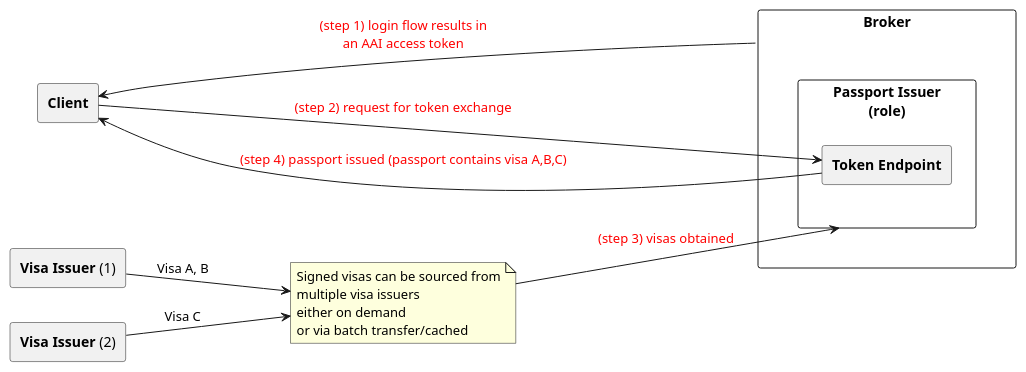
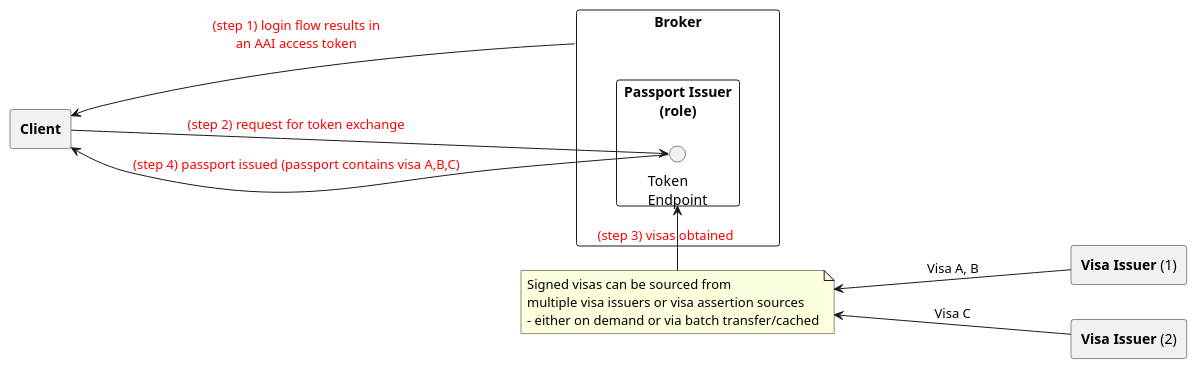
The second of 2 diagrams in AAI/AAIConnectProfile.md (ga4gh/data-security), drawn with PlantUML before and after one commit. The commit also changed other lines of this file, not shown here.

Commit message:
Improved diagram Added header lines

```diff
--- a/AAI/AAIConnectProfile.md
+++ b/AAI/AAIConnectProfile.md
@@ -495,26 +500,26 @@
 @startuml
 skinparam componentStyle rectangle
 left to right direction
 
 component "<b>Client</b>" as Client
 
 component "<b>Broker</b>" as Broker {
     component "<b>Passport Issuer</b>\n(role)" as PassportIssuer {
-        component "<b>Token Endpoint</b>" as TokenEndpoint
+        interface "Token\nEndpoint" as TokenEndpoint
     }
 }
 
 component "<b>Visa Issuer</b> (1)" as VisaIssuer1
 component "<b>Visa Issuer</b> (2)" as VisaIssuer2
 
-note "Signed visas can be sourced from\nmultiple visa issuers\neither on demand\nor via batch transfer/cached" as VisaNote
+note "Signed visas can be sourced from\nmultiple visa issuers or visa assertion sources\n- either on demand or via batch transfer/cached" as VisaNote
 
-VisaIssuer1 --> VisaNote : Visa A, B
-VisaIssuer2 --> VisaNote : Visa C
+VisaIssuer1 --up--> VisaNote : Visa A, B
+VisaIssuer2 --up--> VisaNote : Visa C
 
 Client <-- Broker #text:red : (step 1) login flow results in\nan AAI access token
 Client ---> TokenEndpoint #text:red : (step 2) request for token exchange
-VisaNote --> PassportIssuer #text:red : (step 3) visas obtained
+VisaNote ---right---> PassportIssuer #text:red : (step 3) visas obtained
 Client <-- TokenEndpoint  #text:red : (step 4) passport issued (passport contains visa A,B,C)
 
 @enduml
```
